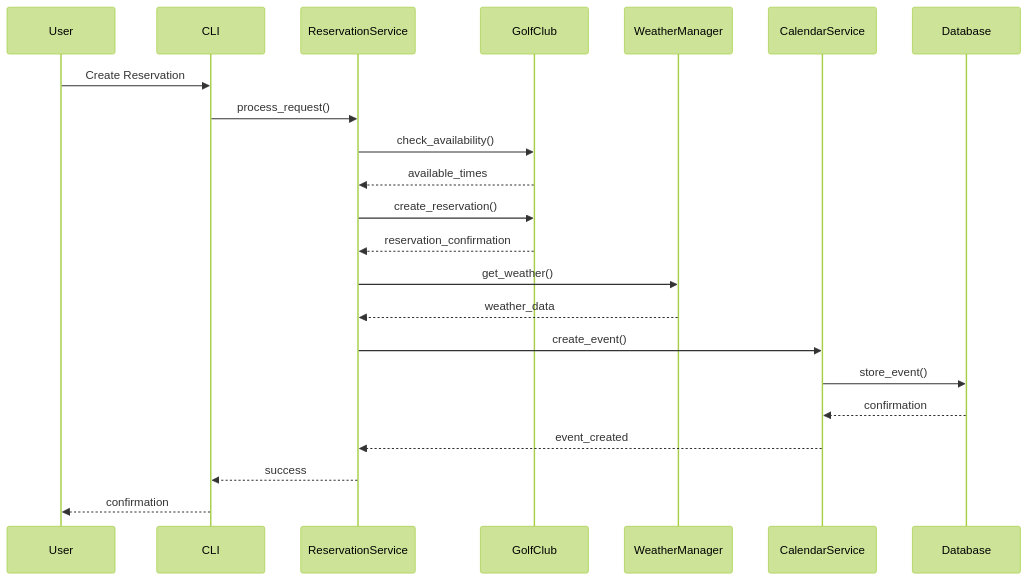
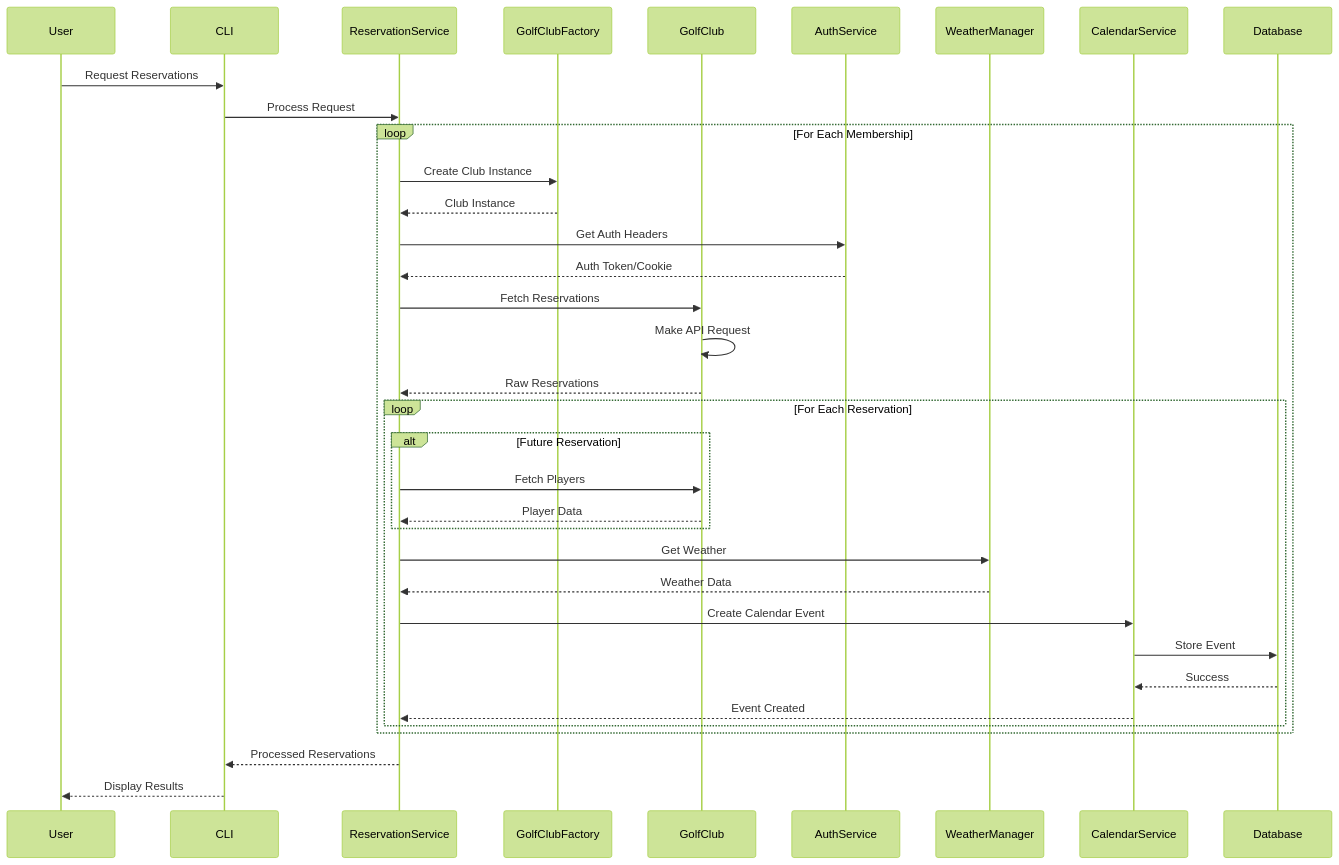
The first of 5 diagrams in docs/architecture/data-flow.md (nasula/golfcal2), drawn with Mermaid (forest theme) before and after one commit. The commit also changed other lines of this file and 3 other files, not shown here.

````diff
--- a/docs/architecture/data-flow.md
+++ b/docs/architecture/data-flow.md
@@ -9,30 +9,41 @@
 ```mermaid
 sequenceDiagram
     participant User
     participant CLI
     participant RS as ReservationService
+    participant GCF as GolfClubFactory
     participant GC as GolfClub
+    participant AS as AuthService
     participant WM as WeatherManager
     participant CS as CalendarService
     participant DB as Database
 
-    User->>CLI: Create Reservation
-    CLI->>RS: process_request()
+    User->>CLI: Request Reservations
+    CLI->>RS: Process Request
     
-    RS->>GC: check_availability()
-    GC-->>RS: available_times
+    loop For Each Membership
+        RS->>GCF: Create Club Instance
+        GCF-->>RS: Club Instance
+        RS->>AS: Get Auth Headers
+        AS-->>RS: Auth Token/Cookie
+        RS->>GC: Fetch Reservations
+        GC->>GC: Make API Request
+        GC-->>RS: Raw Reservations
+        
+        loop For Each Reservation
+            alt Future Reservation
+                RS->>GC: Fetch Players
+                GC-->>RS: Player Data
+            end
+            RS->>WM: Get Weather
+            WM-->>RS: Weather Data
+            RS->>CS: Create Calendar Event
+            CS->>DB: Store Event
+            DB-->>CS: Success
+            CS-->>RS: Event Created
+        end
+    end
     
-    RS->>GC: create_reservation()
-    GC-->>RS: reservation_confirmation
-    
-    RS->>WM: get_weather()
-    WM-->>RS: weather_data
-    
-    RS->>CS: create_event()
-    CS->>DB: store_event()
-    DB-->>CS: confirmation
-    
-    CS-->>RS: event_created
-    RS-->>CLI: success
-    CLI-->>User: confirmation
+    RS-->>CLI: Processed Reservations
+    CLI-->>User: Display Results
 ```
````
